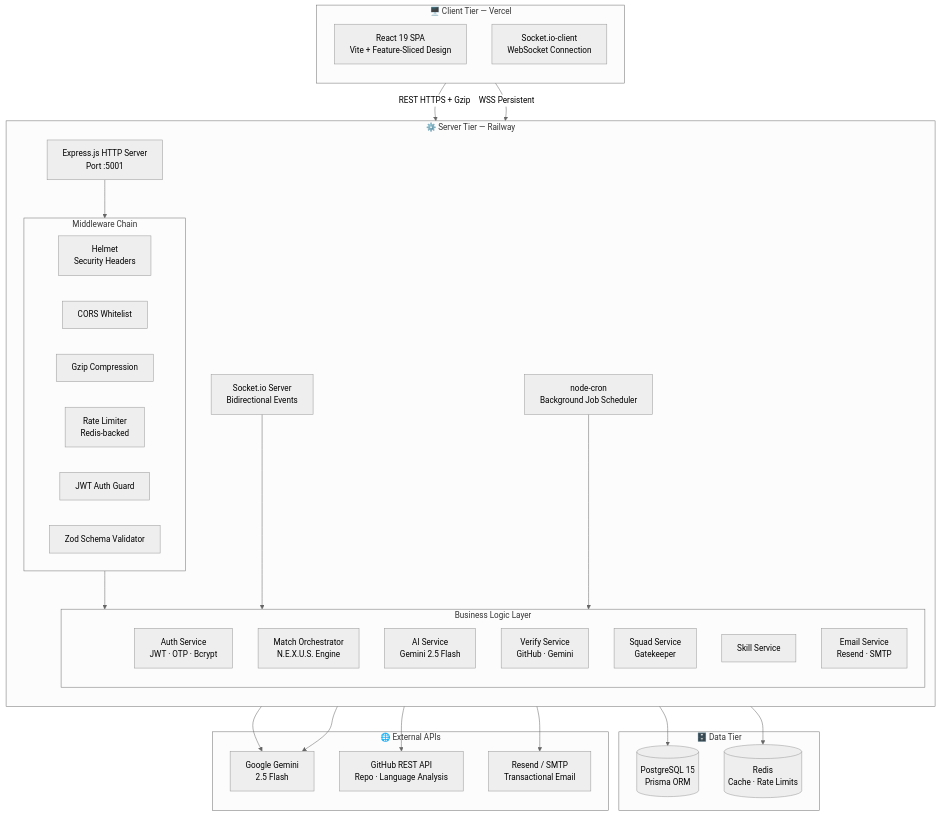
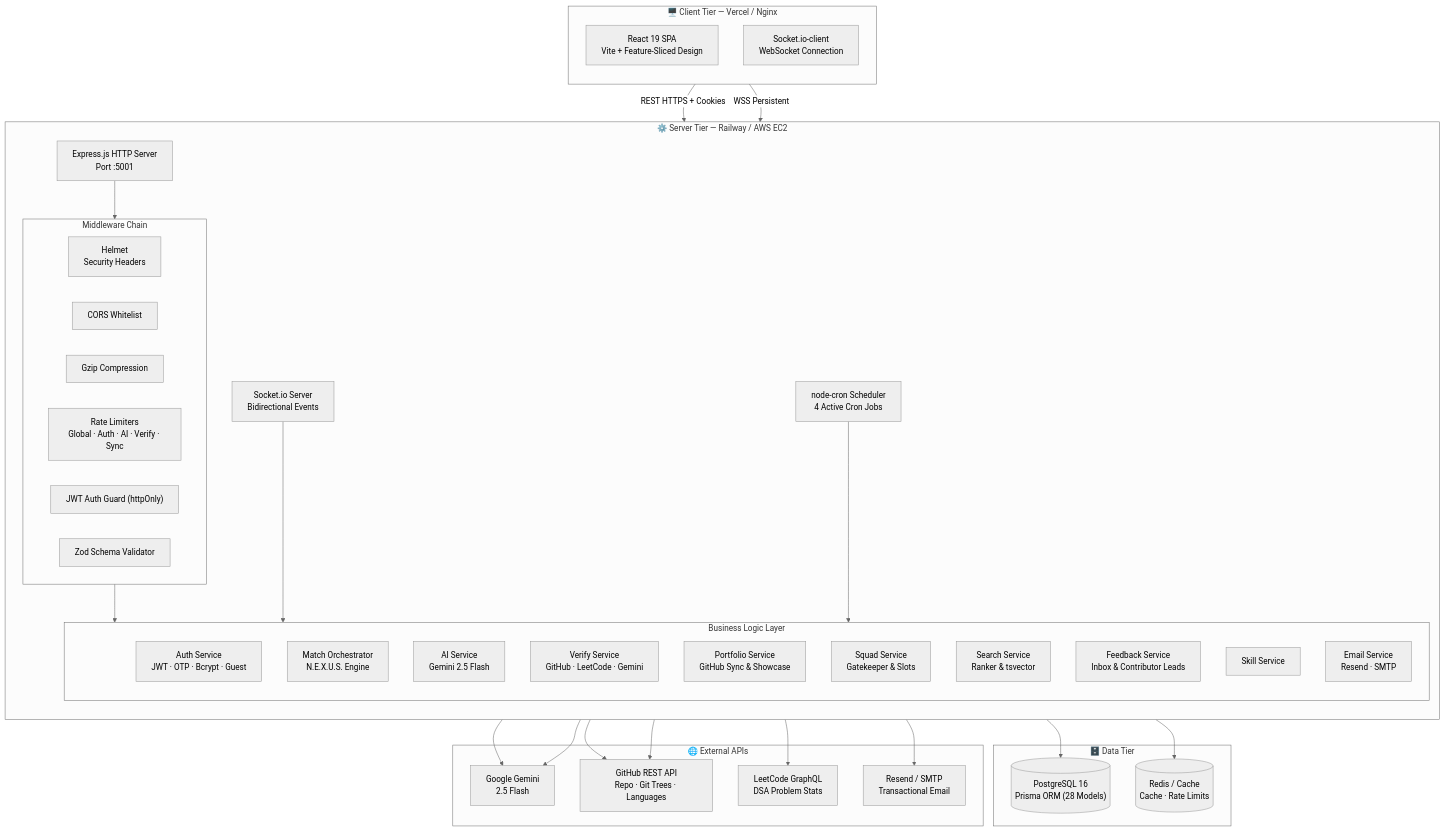
One commit to KshitizD07/Skill-Sphere changed the first of 13 diagrams in docs/ARCHITECTURE.md. Above: the diagram before and after it, drawn with Mermaid (neutral theme). The commit also changed other lines of this file and 1 other file, not shown here.

````diff
--- a/docs/ARCHITECTURE.md
+++ b/docs/ARCHITECTURE.md
@@ -34,57 +34,63 @@
 ```mermaid
 graph TB
-    subgraph CLIENT["🖥️  Client Tier  —  Vercel"]
+    subgraph CLIENT["🖥️  Client Tier  —  Vercel / Nginx"]
         direction TB
         BROWSER["React 19 SPA\nVite + Feature-Sliced Design"]
         WS_CLIENT["Socket.io-client\nWebSocket Connection"]
     end
 
-    subgraph SERVER["⚙️  Server Tier  —  Railway"]
+    subgraph SERVER["⚙️  Server Tier  —  Railway / AWS EC2"]
         direction TB
         HTTP["Express.js HTTP Server\nPort :5001"]
         WS_SERVER["Socket.io Server\nBidirectional Events"]
-        CRON["node-cron\nBackground Job Scheduler"]
+        CRON["node-cron Scheduler\n4 Active Cron Jobs"]
 
         subgraph SERVICES["Business Logic Layer"]
-            AUTH_SVC["Auth Service\nJWT · OTP · Bcrypt"]
+            AUTH_SVC["Auth Service\nJWT · OTP · Bcrypt · Guest"]
             MATCH_SVC["Match Orchestrator\nN.E.X.U.S. Engine"]
             AI_SVC["AI Service\nGemini 2.5 Flash"]
-            VERIFY_SVC["Verify Service\nGitHub · Gemini"]
-            SQUAD_SVC["Squad Service\nGatekeeper"]
+            VERIFY_SVC["Verify Service\nGitHub · LeetCode · Gemini"]
+            PORT_SVC["Portfolio Service\nGitHub Sync & Showcase"]
+            SQUAD_SVC["Squad Service\nGatekeeper & Slots"]
+            SEARCH_SVC["Search Service\nRanker & tsvector"]
+            FEEDBACK_SVC["Feedback Service\nInbox & Contributor Leads"]
             SKILL_SVC["Skill Service"]
             EMAIL_SVC["Email Service\nResend · SMTP"]
         end
 
         subgraph MIDDLEWARE["Middleware Chain"]
             HELMET["Helmet\nSecurity Headers"]
             CORS_MW["CORS Whitelist"]
             GZIP["Gzip Compression"]
-            RATELIMIT["Rate Limiter\nRedis-backed"]
-            AUTH_MW["JWT Auth Guard"]
+            RATELIMIT["Rate Limiters\nGlobal · Auth · AI · Verify · Sync"]
+            AUTH_MW["JWT Auth Guard (httpOnly)"]
             ZOD["Zod Schema Validator"]
         end
     end
 
     subgraph DATA["🗄️  Data Tier"]
-        POSTGRES[("PostgreSQL 15\nPrisma ORM")]
-        REDIS[("Redis\nCache · Rate Limits")]
+        POSTGRES[("PostgreSQL 16\nPrisma ORM (28 Models)")]
+        REDIS[("Redis / Cache\nCache · Rate Limits")]
     end
 
     subgraph EXTERNAL["🌐  External APIs"]
         GEMINI["Google Gemini\n2.5 Flash"]
-        GITHUB_API["GitHub REST API\nRepo · Language Analysis"]
+        GITHUB_API["GitHub REST API\nRepo · Git Trees · Languages"]
+        LEETCODE_API["LeetCode GraphQL\nDSA Problem Stats"]
         RESEND["Resend / SMTP\nTransactional Email"]
     end
 
-    BROWSER -- "REST  HTTPS + Gzip" --> HTTP
+    BROWSER -- "REST  HTTPS + Cookies" --> HTTP
     WS_CLIENT -- "WSS  Persistent" --> WS_SERVER
     HTTP --> MIDDLEWARE --> SERVICES
     WS_SERVER --> SERVICES
     CRON --> SERVICES
     SERVICES --> POSTGRES
     SERVICES --> REDIS
     AI_SVC --> GEMINI
     VERIFY_SVC --> GITHUB_API
     VERIFY_SVC --> GEMINI
+    VERIFY_SVC --> LEETCODE_API
+    PORT_SVC --> GITHUB_API
     EMAIL_SVC --> RESEND
 ```
````
